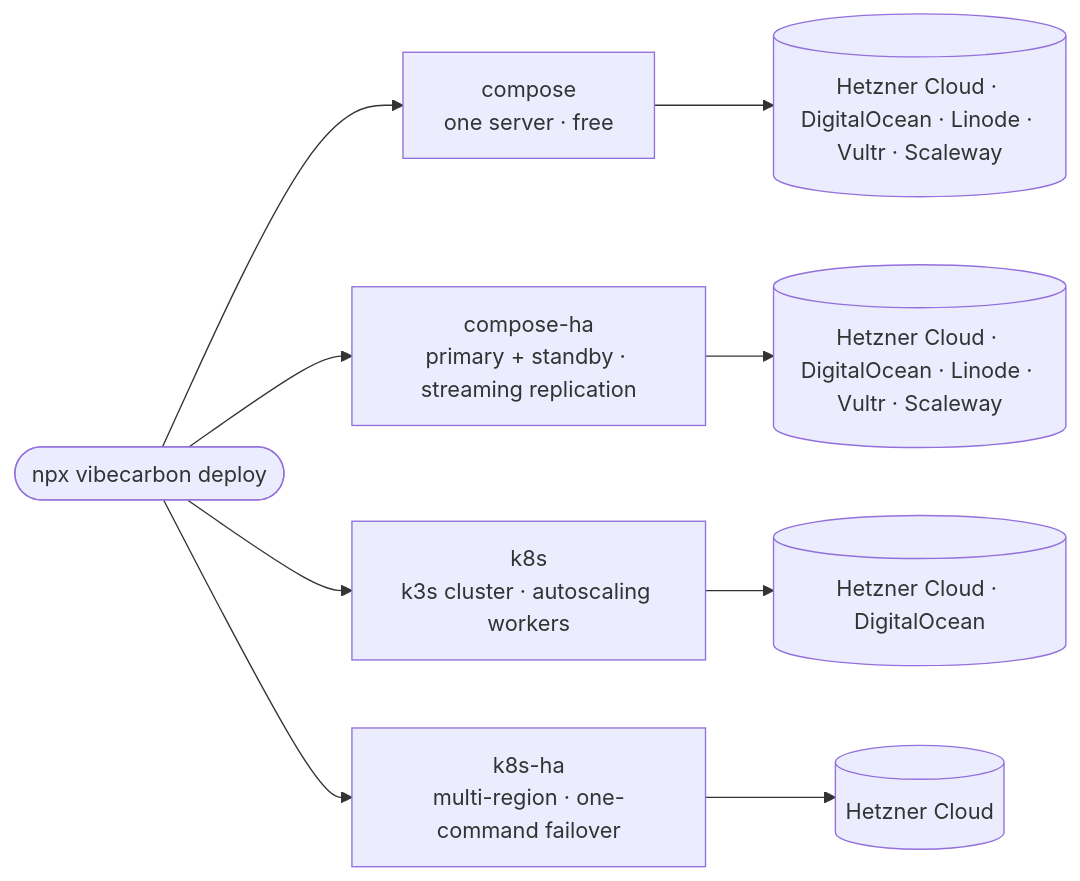
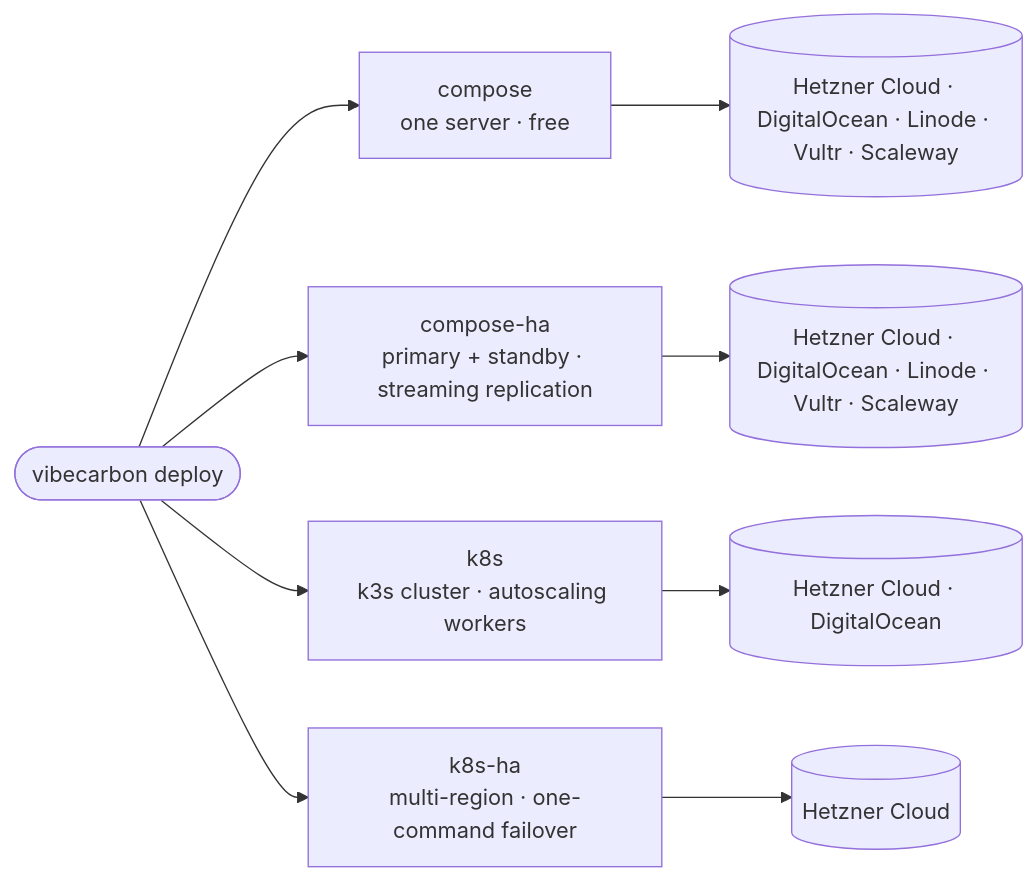
One commit to hyperformant/vibecarbon changed the diagram in README.md. Above: the diagram before and after it, drawn with Mermaid. The commit also changed other lines of this file and 42 other files, not shown here.

````diff
--- a/README.md
+++ b/README.md
@@ -193,12 +225,12 @@
 ```mermaid
 flowchart LR
-    CLI(["npx vibecarbon deploy"])
+    CLI(["vibecarbon deploy"])
     CLI --> C["compose<br/>one server · free"]
     CLI --> CH["compose-ha<br/>primary + standby · streaming replication"]
     CLI --> K["k8s<br/>k3s cluster · autoscaling workers"]
     CLI --> KH["k8s-ha<br/>multi-region · one-command failover"]
     C --> P1[("Hetzner Cloud · DigitalOcean · Linode · Vultr · Scaleway")]
     CH --> P2[("Hetzner Cloud · DigitalOcean · Linode · Vultr · Scaleway")]
     K --> P3[("Hetzner Cloud · DigitalOcean")]
     KH --> P4[("Hetzner Cloud")]
 ```
````
